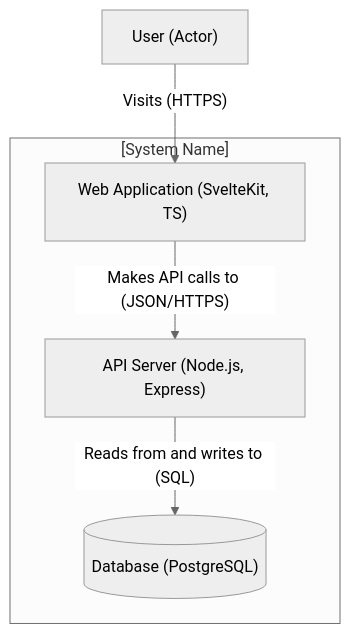
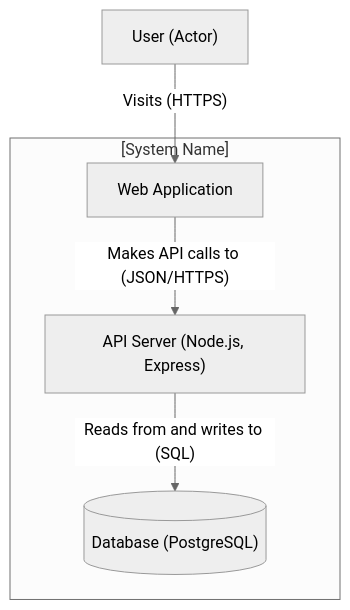
The second of 4 diagrams in docs/templates/C4_ARCHITECTURE_TEMPLATE.md (fmatar/sealit), drawn with Mermaid (neutral theme) before and after one commit. The commit also changed 76 other files, not shown here.

````diff
--- a/docs/templates/C4_ARCHITECTURE_TEMPLATE.md
+++ b/docs/templates/C4_ARCHITECTURE_TEMPLATE.md
@@ -17,8 +17,8 @@
 ```mermaid
 flowchart TD
-    user["User (Actor)"] -->|"Visits (HTTPS)"| webapp["Web Application (SvelteKit, TS)"]
+    user["User (Actor)"] -->|"Visits (HTTPS)"| webapp["Web Application"]
     subgraph SystemBoundary["[System Name]"]
         webapp -->|"Makes API calls to (JSON/HTTPS)"| api["API Server (Node.js, Express)"]
         api -->|"Reads from and writes to (SQL)"| db[("Database (PostgreSQL)")]
     end
 ```
````
